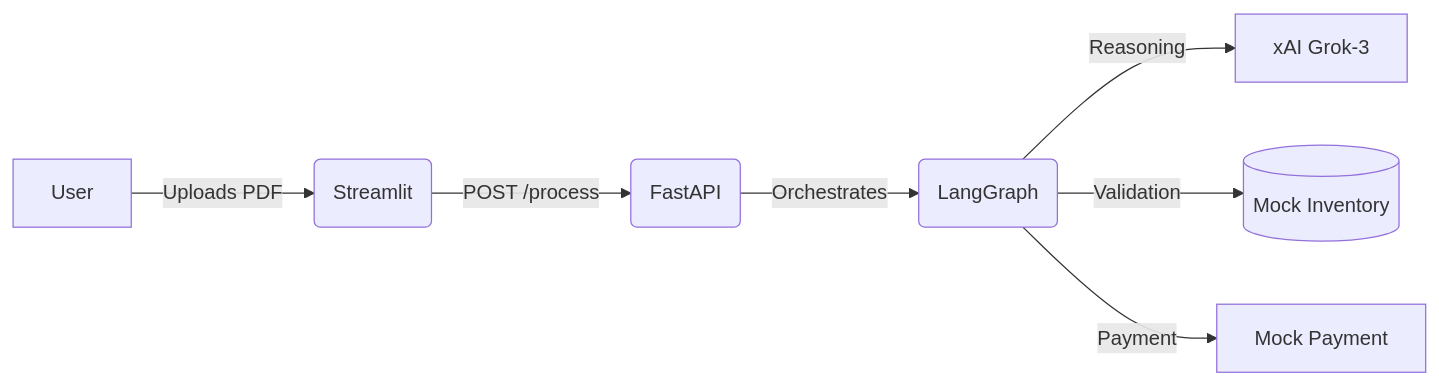
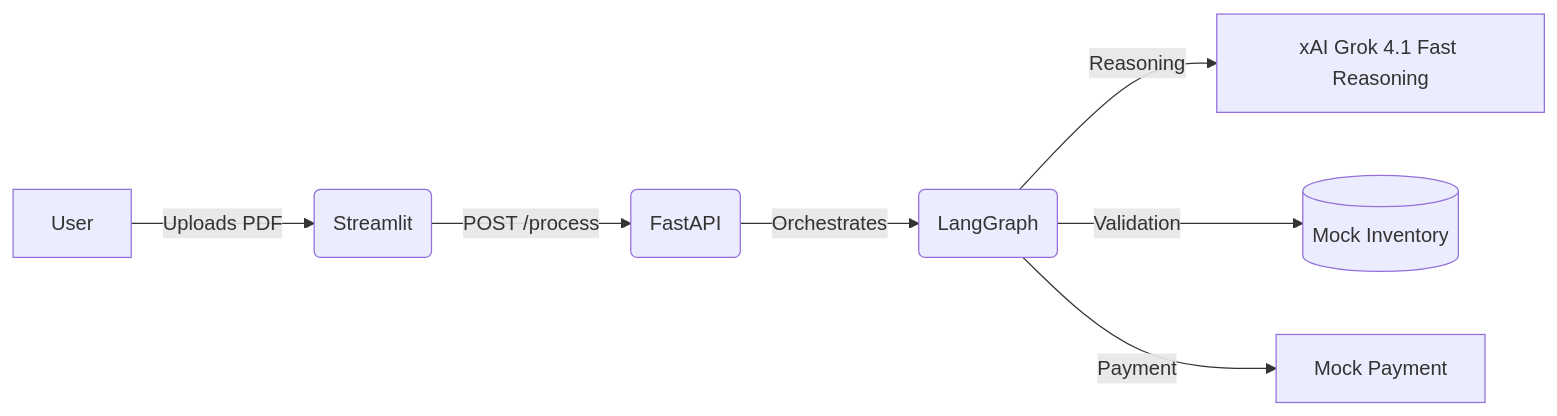
The diagram in docs/demo_script.md (DevDizzle/galatiq-invoice-agent), drawn with Mermaid before and after one commit. The commit also changed 6 other files, not shown here.

First line of the commit message:
feat: Update model to Grok 4.1 Fast Reasoning

````diff
--- a/docs/demo_script.md
+++ b/docs/demo_script.md
@@ -10,9 +10,9 @@
 ```mermaid
 graph LR
     User[User] -->|Uploads PDF| Frontend(Streamlit)
     Frontend -->|POST /process| Backend(FastAPI)
     Backend -->|Orchestrates| Graph(LangGraph)
-    Graph -->|Reasoning| Grok[xAI Grok-3]
+    Graph -->|Reasoning| Grok[xAI Grok 4.1 Fast Reasoning]
     Graph -->|Validation| DB[(Mock Inventory)]
     Graph -->|Payment| PayAPI[Mock Payment]
 ```
````
